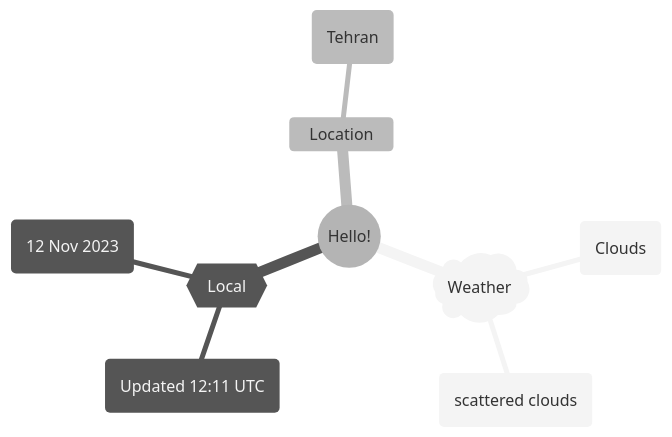
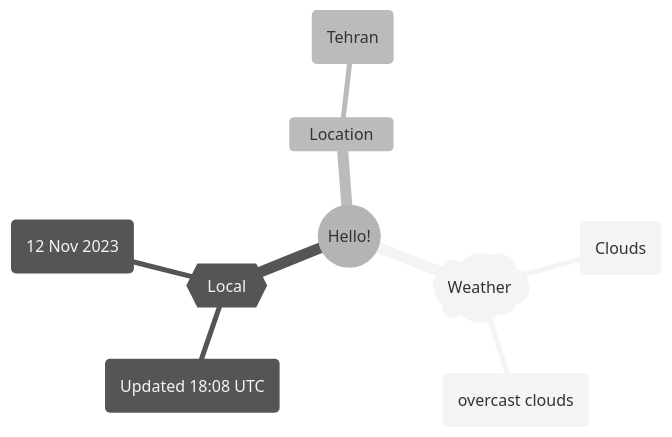
One commit to Xosrov/Xosrov changed the first of 2 diagrams in README.md. Above: the diagram before and after it, drawn with Mermaid (neutral theme).

Commit message:
[bot] updated images

````diff
--- a/README.md
+++ b/README.md
@@ -3,12 +3,12 @@
 ```mermaid
 mindmap
   root((Hello!))
     )Weather(
         (Clouds)
-        (scattered clouds)
+        (overcast clouds)
     {{Local}}
-        (Updated 12:11 UTC)
+        (Updated 18:08 UTC)
         (12 Nov 2023)
     Location
         (Tehran)
 ```
````
